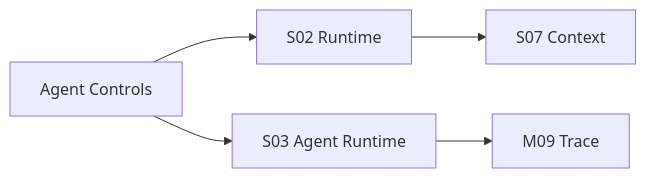
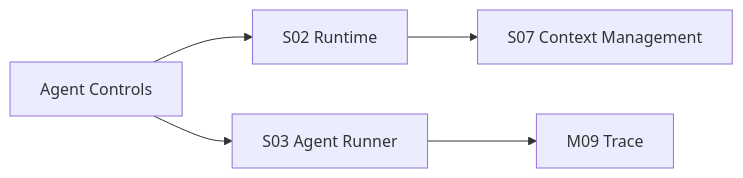
The diagram in spec/M13-agent-team-controls.md (jinhuang712/open-novel), drawn with Mermaid before and after one commit. The commit also changed other lines of this file and 65 other files, not shown here.

````diff
--- a/spec/M13-agent-team-controls.md
+++ b/spec/M13-agent-team-controls.md
@@ -19,7 +35,7 @@
 ```mermaid
 flowchart LR
   Settings[Agent Controls] --> Runtime[S02 Runtime]
-  Settings --> Agent[S03 Agent Runtime]
+  Settings --> Agent[S03 Agent Runner]
   Agent --> Trace[M09 Trace]
-  Runtime --> Context[S07 Context]
+  Runtime --> Context[S07 Context Management]
 ```
````
